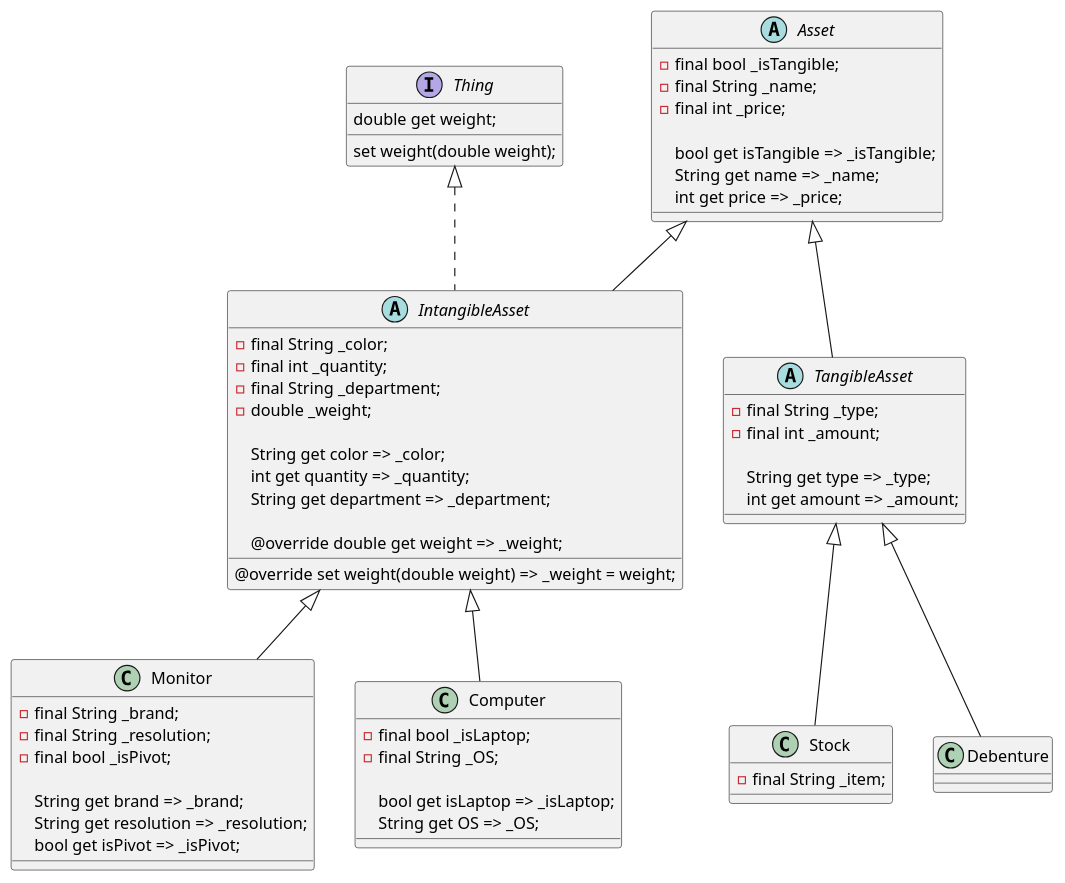
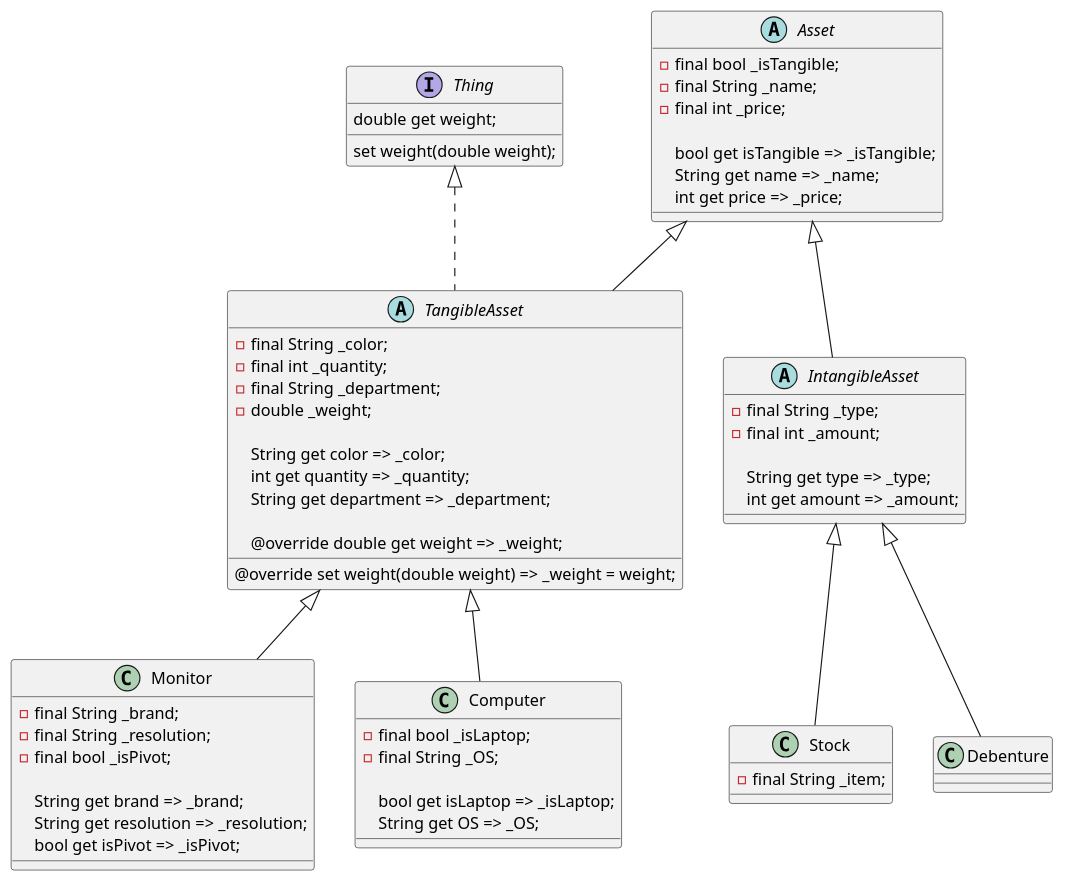
Before and after one commit to orm-camp-flutter-2ki/learn_dart_together: the diagram in lib/24_03_13/asset_uml.puml, drawn with PlantUML. The commit also changed 3 other files, not shown here.

```diff
--- a/lib/24_03_13/asset_uml.puml
+++ b/lib/24_03_13/asset_uml.puml
@@ -1,65 +1,65 @@
 @startuml
 abstract class Asset {
   -final bool _isTangible;
   -final String _name;
   -final int _price;
 
   bool get isTangible => _isTangible;
   String get name => _name;
   int get price => _price;
 }
 
 interface Thing {
   double get weight;
   set weight(double weight);
 }
 
-abstract class IntangibleAsset extends Asset implements Thing {
+abstract class TangibleAsset extends Asset implements Thing {
   -final String _color;
   -final int _quantity;
   -final String _department;
   -double _weight;
 
   String get color => _color;
   int get quantity => _quantity;
   String get department => _department;
 
   @override double get weight => _weight;
   @override set weight(double weight) => _weight = weight;
 }
 
-class Monitor extends IntangibleAsset {
+class Monitor extends TangibleAsset {
   -final String _brand;
   -final String _resolution;
   -final bool _isPivot;
 
   String get brand => _brand;
   String get resolution => _resolution;
   bool get isPivot => _isPivot;
 }
 
-class Computer extends IntangibleAsset {
+class Computer extends TangibleAsset {
   -final bool _isLaptop;
   -final String _OS;
 
   bool get isLaptop => _isLaptop;
   String get OS => _OS;
 }
 
-abstract class TangibleAsset extends Asset {
+abstract class IntangibleAsset extends Asset {
   -final String _type;
   -final int _amount;
 
   String get type => _type;
   int get amount => _amount;
 }
 
-class Stock extends TangibleAsset {
+class Stock extends IntangibleAsset {
   -final String _item;
 }
 
-class Debenture extends TangibleAsset {
+class Debenture extends IntangibleAsset {
 
 }
 
 @enduml
```
